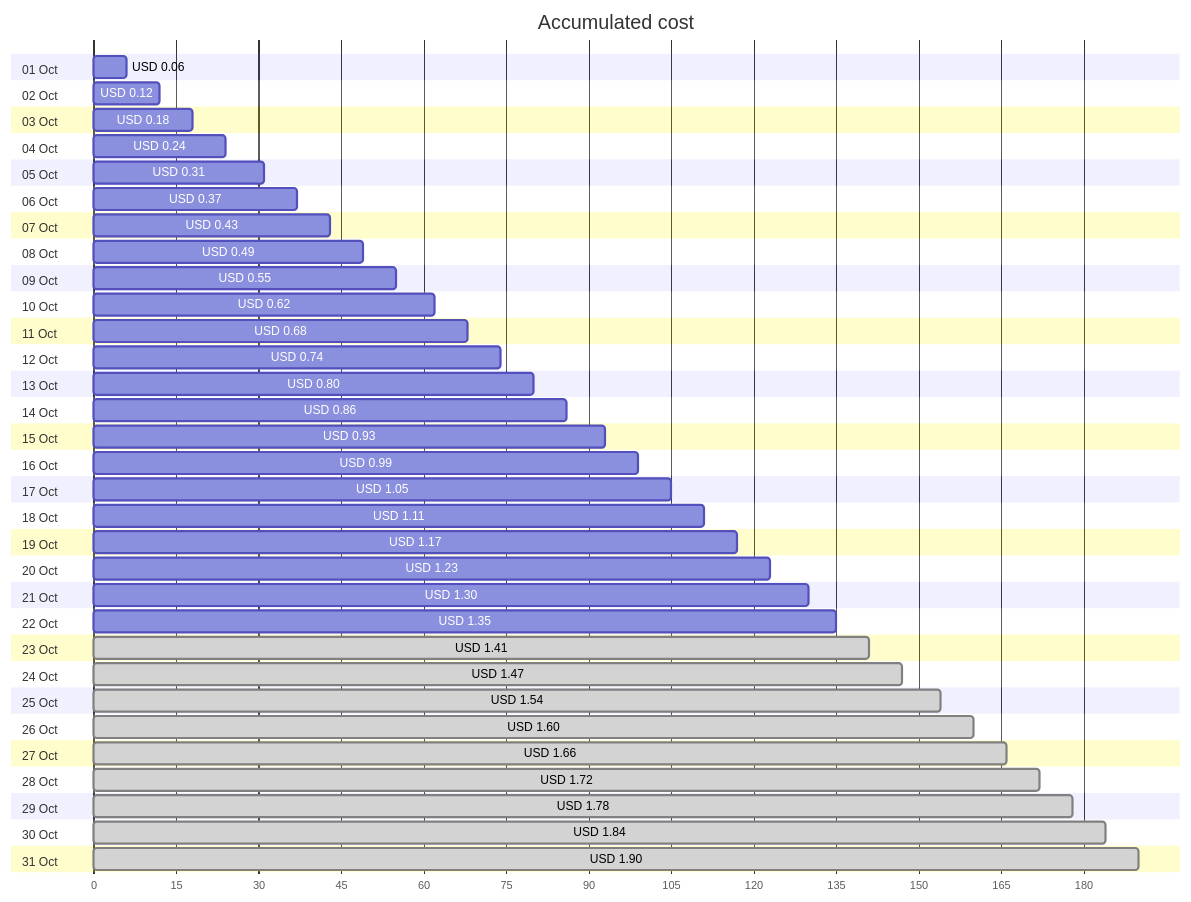
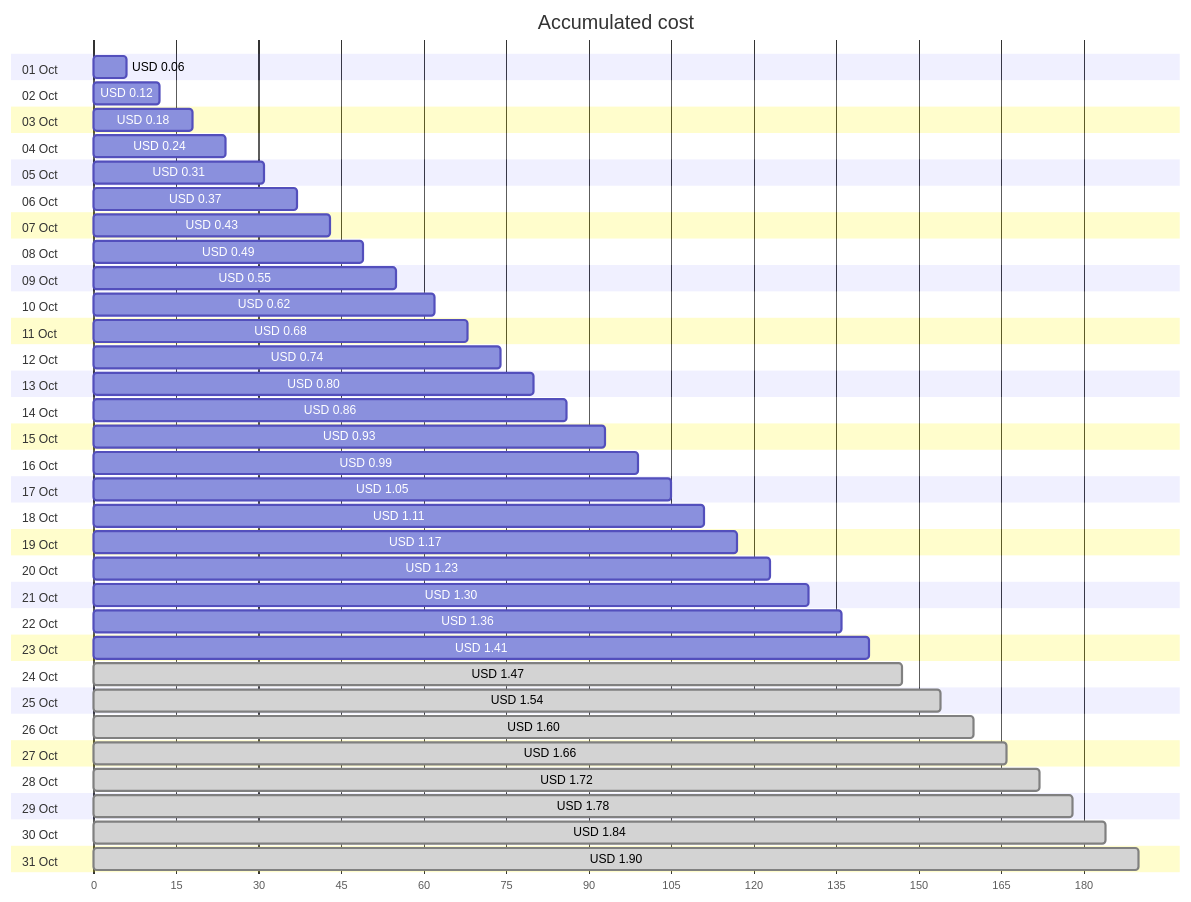
One commit to jpfulton/azure-personal-reports changed the first of 4 diagrams in cost-reports/personal-network/backup-server_OsDisk.md. Above: the diagram before and after it, drawn with Mermaid. The commit also changed other lines of this file and 8 other files, not shown here.

````diff
--- a/cost-reports/personal-network/backup-server_OsDisk.md
+++ b/cost-reports/personal-network/backup-server_OsDisk.md
@@ -20,68 +20,68 @@
 ```mermaid
 gantt
    title Accumulated cost
    dateFormat  X
    axisFormat %s
    section 01 Oct
    USD 0.06 :0, 6
    section 02 Oct
    USD 0.12 :0, 12
    section 03 Oct
    USD 0.18 :0, 18
    section 04 Oct
    USD 0.24 :0, 24
    section 05 Oct
    USD 0.31 :0, 31
    section 06 Oct
    USD 0.37 :0, 37
    section 07 Oct
    USD 0.43 :0, 43
    section 08 Oct
    USD 0.49 :0, 49
    section 09 Oct
    USD 0.55 :0, 55
    section 10 Oct
    USD 0.62 :0, 62
    section 11 Oct
    USD 0.68 :0, 68
    section 12 Oct
    USD 0.74 :0, 74
    section 13 Oct
    USD 0.80 :0, 80
    section 14 Oct
    USD 0.86 :0, 86
    section 15 Oct
    USD 0.93 :0, 93
    section 16 Oct
    USD 0.99 :0, 99
    section 17 Oct
    USD 1.05 :0, 105
    section 18 Oct
    USD 1.11 :0, 111
    section 19 Oct
    USD 1.17 :0, 117
    section 20 Oct
    USD 1.23 :0, 123
    section 21 Oct
    USD 1.30 :0, 130
    section 22 Oct
-   USD 1.35 :0, 135
+   USD 1.36 :0, 136
    section 23 Oct
-   USD 1.41 : done, 0, 141
+   USD 1.41 :0, 141
    section 24 Oct
    USD 1.47 : done, 0, 147
    section 25 Oct
    USD 1.54 : done, 0, 154
    section 26 Oct
    USD 1.60 : done, 0, 160
    section 27 Oct
    USD 1.66 : done, 0, 166
    section 28 Oct
    USD 1.72 : done, 0, 172
    section 29 Oct
    USD 1.78 : done, 0, 178
    section 30 Oct
    USD 1.84 : done, 0, 184
    section 31 Oct
    USD 1.90 : done, 0, 190
 ```
````
